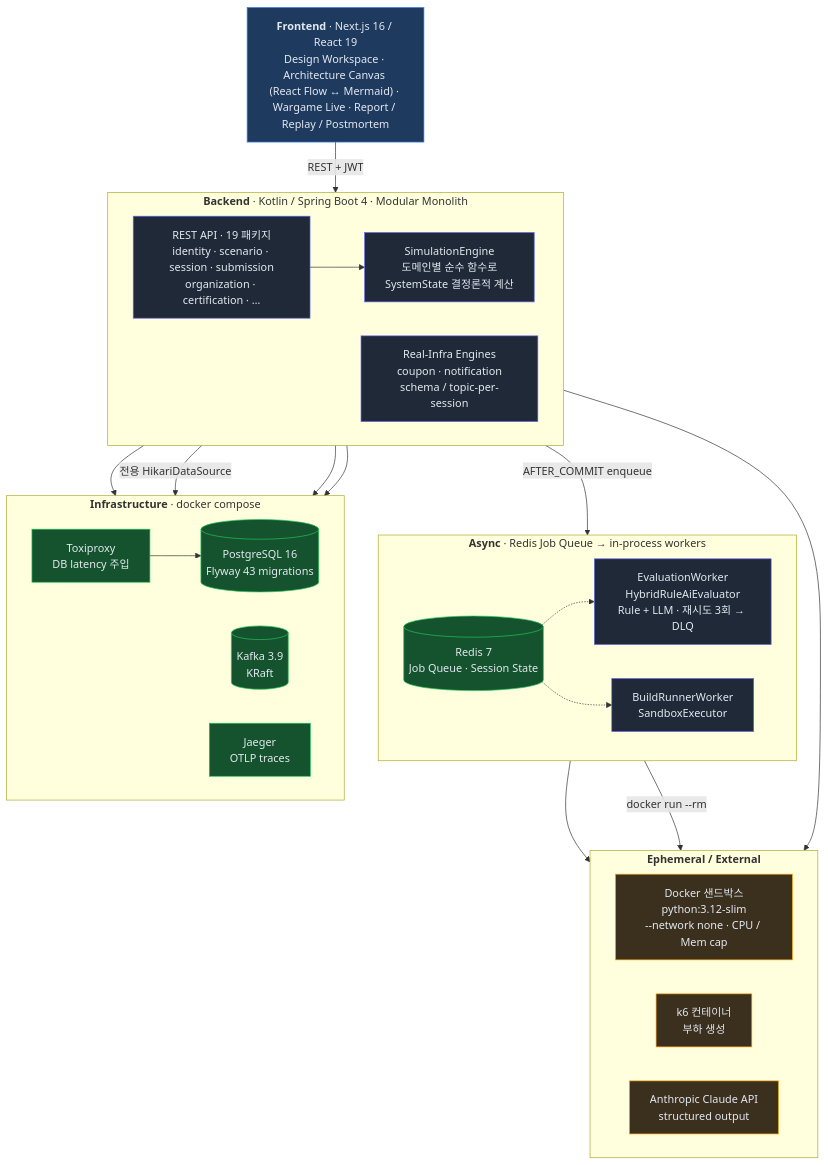
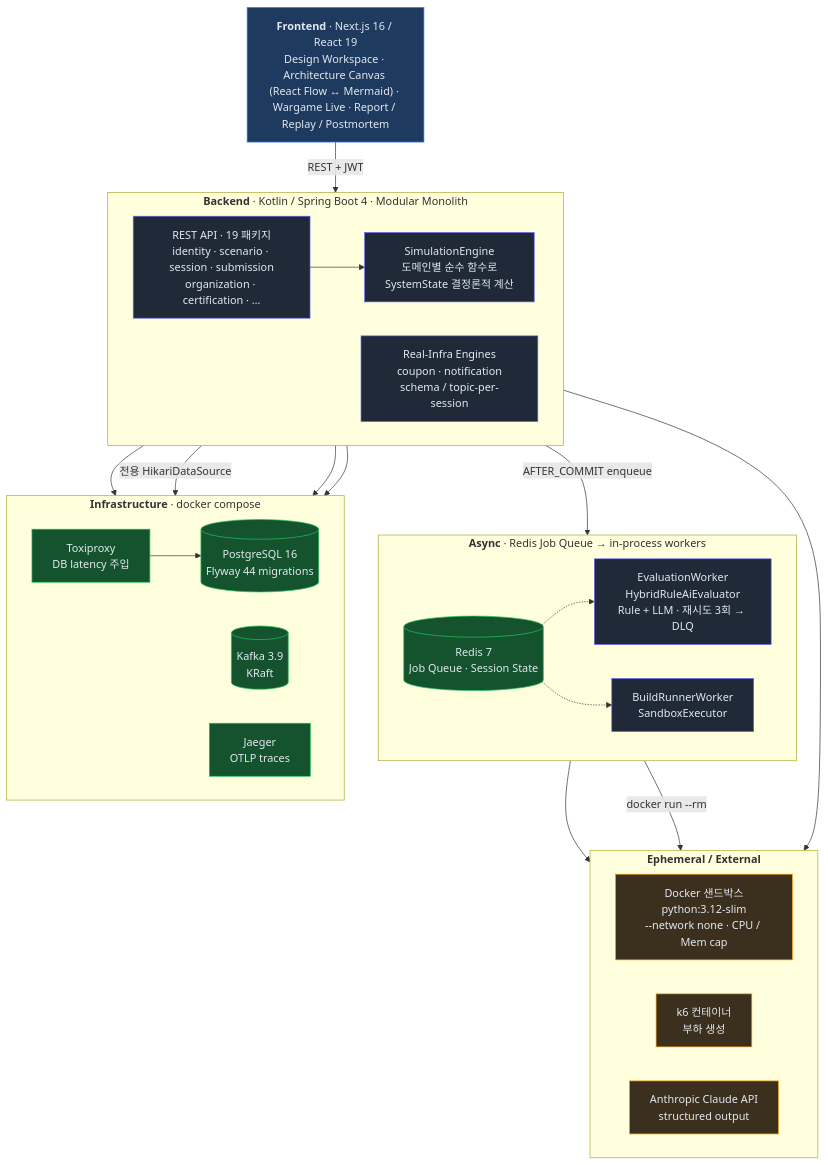
Before and after one commit to polynomeer/sys-drill: the first of 2 diagrams in README.md, drawn with Mermaid. The commit also changed other lines of this file and 7 other files, not shown here.

````diff
--- a/README.md
+++ b/README.md
@@ -69,55 +69,55 @@
 ```mermaid
 flowchart TB
     FE["<b>Frontend</b> · Next.js 16 / React 19<br/>Design Workspace · Architecture Canvas (React Flow ↔ Mermaid) · Wargame Live · Report / Replay / Postmortem"]
 
     subgraph BE["<b>Backend</b> · Kotlin / Spring Boot 4 · Modular Monolith"]
         direction LR
         API["REST API · 19 패키지<br/>identity · scenario · session · submission<br/>organization · certification · …"]
         SIM["SimulationEngine<br/>도메인별 순수 함수로<br/>SystemState 결정론적 계산"]
         RI["Real-Infra Engines<br/>coupon · notification<br/>schema / topic-per-session"]
     end
 
     subgraph WK["<b>Async</b> · Redis Job Queue → in-process workers"]
         direction LR
         RD[("Redis 7<br/>Job Queue · Session State")]
         EVAL["EvaluationWorker<br/>HybridRuleAiEvaluator<br/>Rule + LLM · 재시도 3회 → DLQ"]
         BR["BuildRunnerWorker<br/>SandboxExecutor"]
     end
 
     subgraph INFRA["<b>Infrastructure</b> · docker compose"]
         direction LR
-        PG[("PostgreSQL 16<br/>Flyway 43 migrations")]
+        PG[("PostgreSQL 16<br/>Flyway 44 migrations")]
         TP["Toxiproxy<br/>DB latency 주입"]
         KF[("Kafka 3.9<br/>KRaft")]
         JG["Jaeger<br/>OTLP traces"]
     end
 
     subgraph EXT["<b>Ephemeral / External</b>"]
         direction LR
         DK["Docker 샌드박스<br/>python:3.12-slim<br/>--network none · CPU / Mem cap"]
         K6["k6 컨테이너<br/>부하 생성"]
         LLM["Anthropic Claude API<br/>structured output"]
     end
 
     FE -- "REST + JWT" --> API
     API --> SIM
     API -- "AFTER_COMMIT enqueue" --> RD
     RD -.-> EVAL
     RD -.-> BR
     API --> PG
     RI -- "전용 HikariDataSource" --> TP --> PG
     RI --> KF
     RI --> JG
     RI --> K6
     EVAL --> LLM
     BR -- "docker run --rm" --> DK
 
     classDef fe fill:#1e3a5f,stroke:#3b82f6,color:#e2e8f0
     classDef be fill:#1f2937,stroke:#6366f1,color:#e2e8f0
     classDef infra fill:#14532d,stroke:#22c55e,color:#e2e8f0
     classDef ext fill:#3b2f1e,stroke:#f59e0b,color:#e2e8f0
     class FE fe
     class API,SIM,EVAL,BR,RI be
     class PG,RD,KF,TP,JG infra
     class DK,K6,LLM ext
 ```
````
